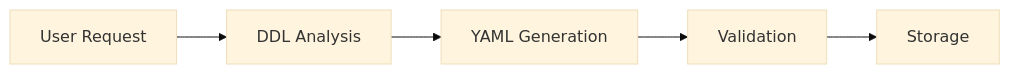
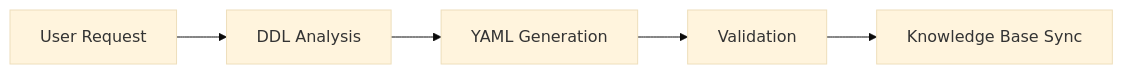
The second of 8 diagrams in docs/subagent/builtin_subagents.md (Datus-ai/Datus-agent), drawn with Mermaid (base theme) before and after one commit. The commit also changed other lines of this file and 1 other file, not shown here.

Commit message:
[Doc] Align semantic model sync documentation

````diff
--- a/docs/subagent/builtin_subagents.md
+++ b/docs/subagent/builtin_subagents.md
@@ -235,7 +235,7 @@
 ```mermaid
 graph LR
     A[User Request] --> B[DDL Analysis]
     B --> C[YAML Generation]
     C --> D[Validation]
-    D --> E[Storage]
+    D --> E[Knowledge Base Sync]
 ```
````
